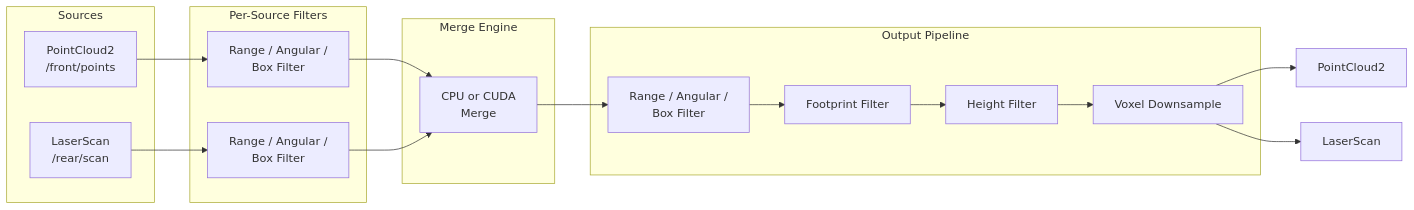
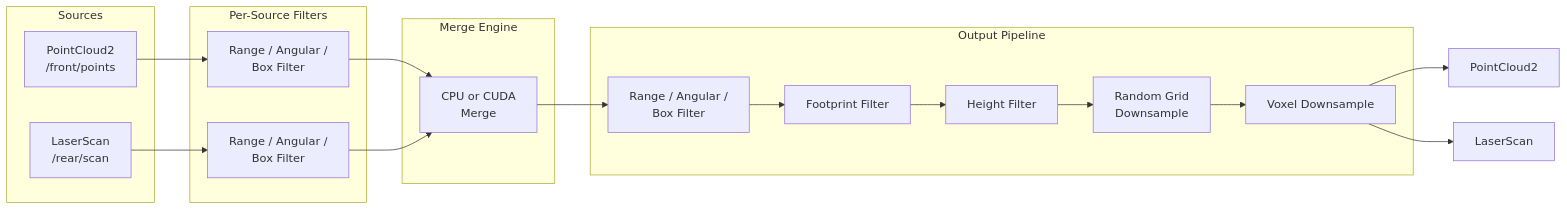
One commit to Pana1v/polka changed the fourth of 4 diagrams in README.md. Above: the diagram before and after it, drawn with Mermaid. The commit also changed other lines of this file, not shown here.

````diff
--- a/README.md
+++ b/README.md
@@ -278,29 +291,30 @@
 ```mermaid
 graph LR
     subgraph Sources
         PC[PointCloud2<br/>/front/points]
         LS[LaserScan<br/>/rear/scan]
     end
 
     subgraph Per-Source Filters
         PF1[Range / Angular /<br/>Box Filter]
         PF2[Range / Angular /<br/>Box Filter]
     end
 
     subgraph Merge Engine
         ME[CPU or CUDA<br/>Merge]
     end
 
     subgraph Output Pipeline
         OF[Range / Angular /<br/>Box Filter]
         FF[Footprint Filter]
         HF[Height Filter]
+        RG[Random Grid<br/>Downsample]
         VX[Voxel Downsample]
     end
 
     PC --> PF1 --> ME
     LS --> PF2 --> ME
-    ME --> OF --> FF --> HF --> VX
+    ME --> OF --> FF --> HF --> RG --> VX
     VX --> OUT_PC[PointCloud2]
     VX --> OUT_LS[LaserScan]
 ```
````
